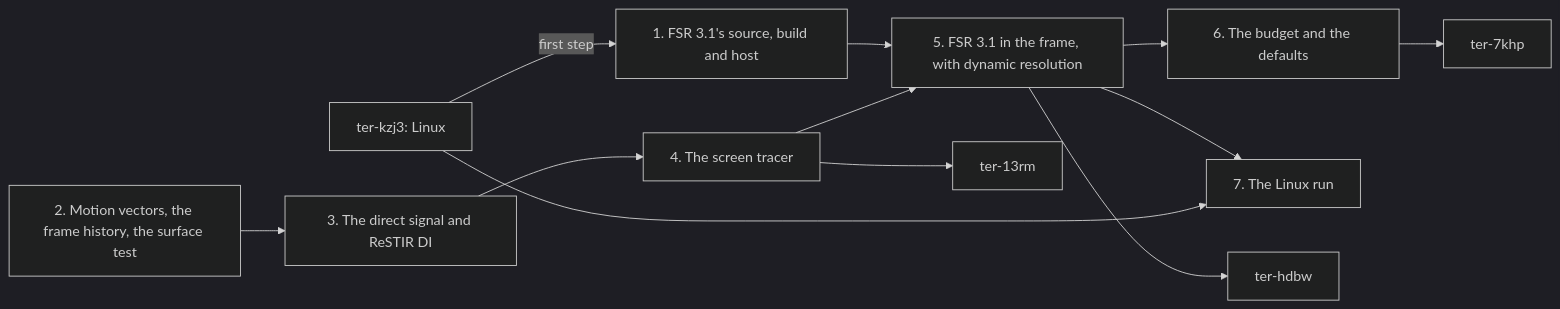
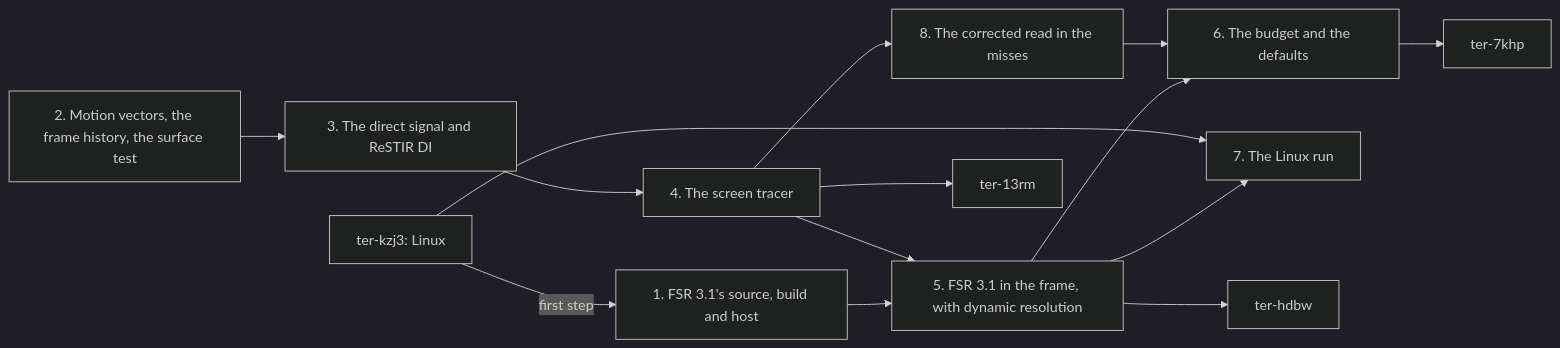
One commit to alexispurslane/tertius changed the second of 2 diagrams in docs/plans/temporal-renderer.md. Above: the diagram before and after it, drawn with Mermaid (dark theme). The commit also changed other lines of this file and 1 other file, not shown here.

````diff
--- a/docs/plans/temporal-renderer.md
+++ b/docs/plans/temporal-renderer.md
@@ -1122,14 +1193,16 @@
 ```mermaid
 flowchart LR
     K[ter-kzj3: Linux] -- first step --> T1
     T1[1. FSR 3.1's source, build and host] --> T5
     T2[2. Motion vectors, the frame history, the surface test] --> T3[3. The direct signal and ReSTIR DI]
     T3 --> T4[4. The screen tracer]
     T4 --> T5[5. FSR 3.1 in the frame, with dynamic resolution]
+    T4 --> T8[8. The corrected read in the misses]
     T5 --> T6[6. The budget and the defaults]
+    T8 --> T6
     T5 --> T7[7. The Linux run]
     K --> T7
     T5 --> HD[ter-hdbw]
     T4 --> RC[ter-13rm]
     T6 --> TS[ter-7khp]
 ```
````
